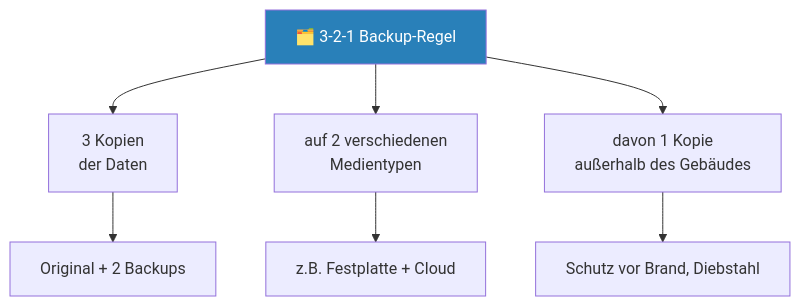
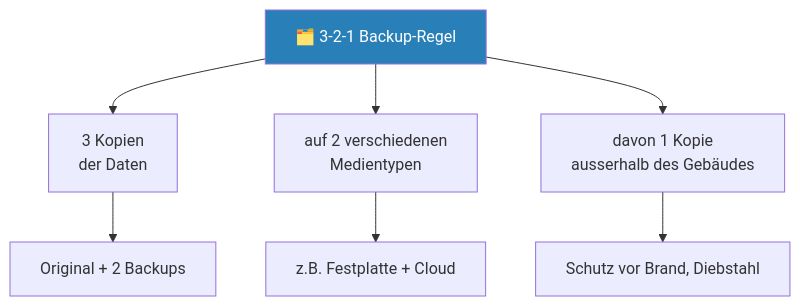
Before and after one commit to AlexBelik269/web-it: the seventh of 15 diagrams in src/content/docs/security/isf/SW02_Awareness.mdx, drawn with Mermaid. The commit also changed 18 other files, not shown here.

````diff
--- a/src/content/docs/security/isf/SW02_Awareness.mdx
+++ b/src/content/docs/security/isf/SW02_Awareness.mdx
@@ -262,13 +262,13 @@
 ```mermaid
 graph TD
     B["🗂️ 3-2-1 Backup-Regel"]
     B --> R3["3 Kopien\nder Daten"]
     B --> M2["auf 2 verschiedenen\nMedientypen"]
-    B --> O1["davon 1 Kopie\naußerhalb des Gebäudes"]
+    B --> O1["davon 1 Kopie\nausserhalb des Gebäudes"]
 
     R3 --> E1["Original + 2 Backups"]
     M2 --> E2["z.B. Festplatte + Cloud"]
     O1 --> E3["Schutz vor Brand, Diebstahl"]
 
     style B fill:#2980b9,color:#fff
 ```
````
